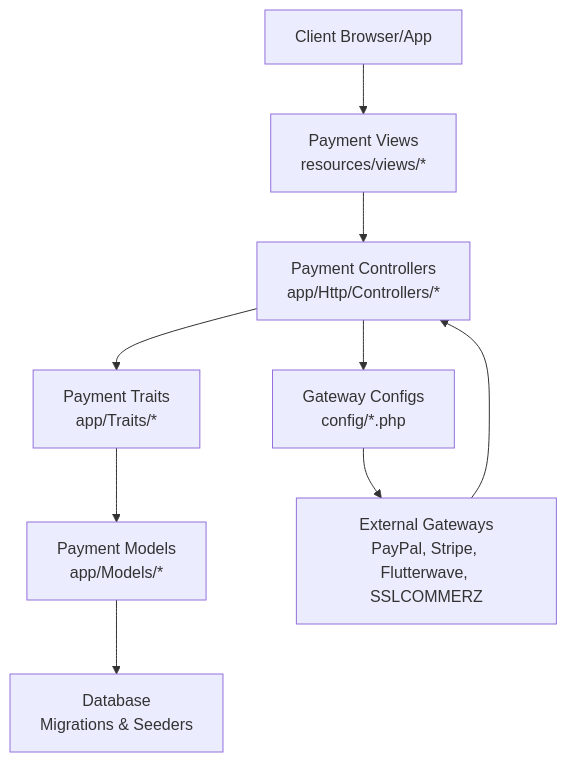
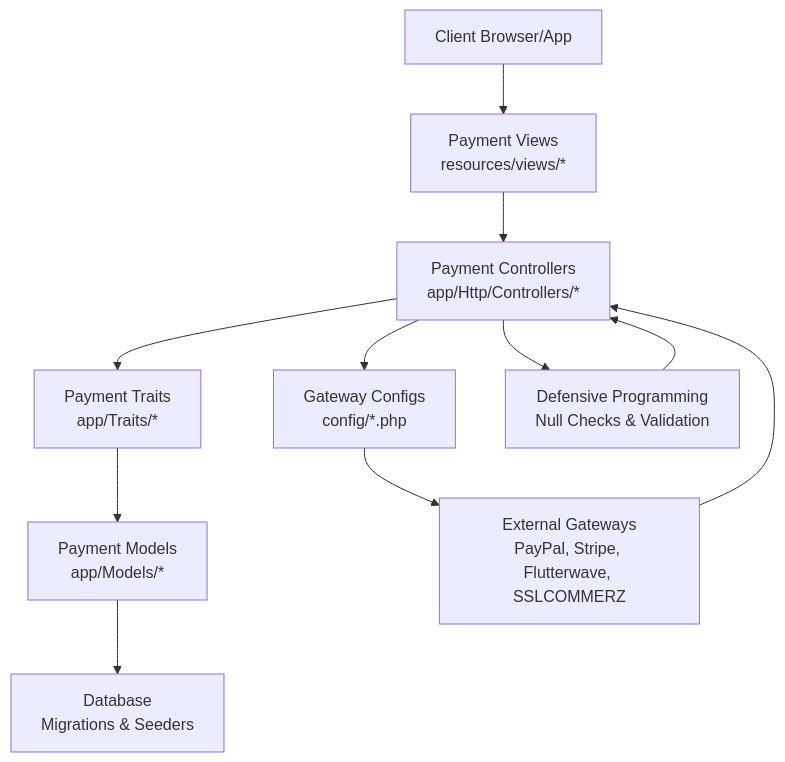
The second of 10 diagrams in .qoder/repowiki/en/content/Payment Processing System/Payment Processing System.md (Hamdies/waddy_back), drawn with Mermaid before and after one commit. The commit also changed other lines of this file and 4 other files, not shown here.

````diff
--- a/.qoder/repowiki/en/content/Payment Processing System/Payment Processing System.md
+++ b/.qoder/repowiki/en/content/Payment Processing System/Payment Processing System.md
@@ -199,11 +219,13 @@
 ```mermaid
 graph TB
 Client["Client Browser/App"] --> Views["Payment Views<br/>resources/views/*"]
 Views --> Controllers["Payment Controllers<br/>app/Http/Controllers/*"]
 Controllers --> Traits["Payment Traits<br/>app/Traits/*"]
 Traits --> Models["Payment Models<br/>app/Models/*"]
 Models --> DB["Database<br/>Migrations & Seeders"]
 Controllers --> GateConfigs["Gateway Configs<br/>config/*.php"]
 GateConfigs --> Gateways["External Gateways<br/>PayPal, Stripe, Flutterwave, SSLCOMMERZ"]
 Gateways --> Controllers
+Controllers --> Defensive["Defensive Programming<br/>Null Checks & Validation"]
+Defensive --> Controllers
 ```
````
